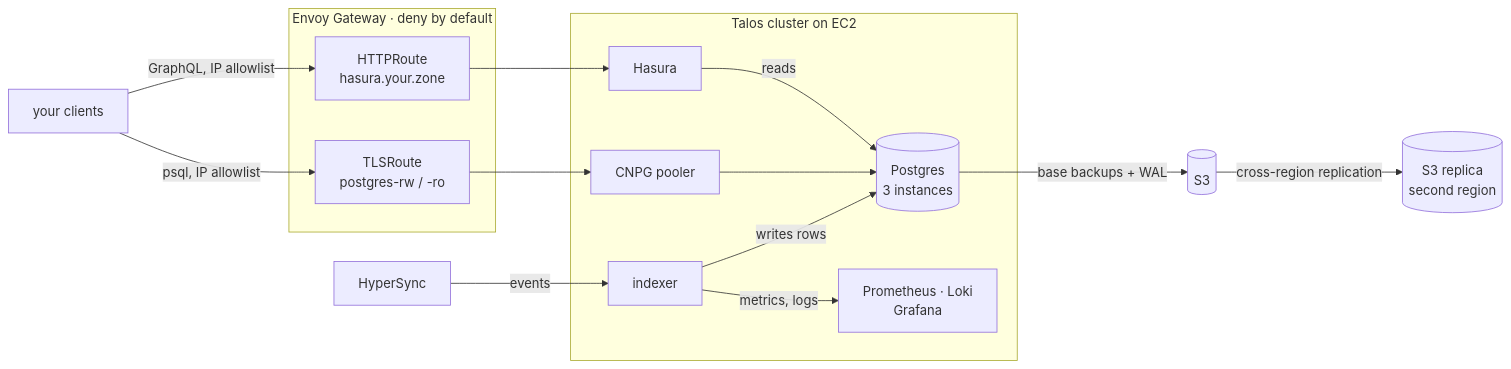
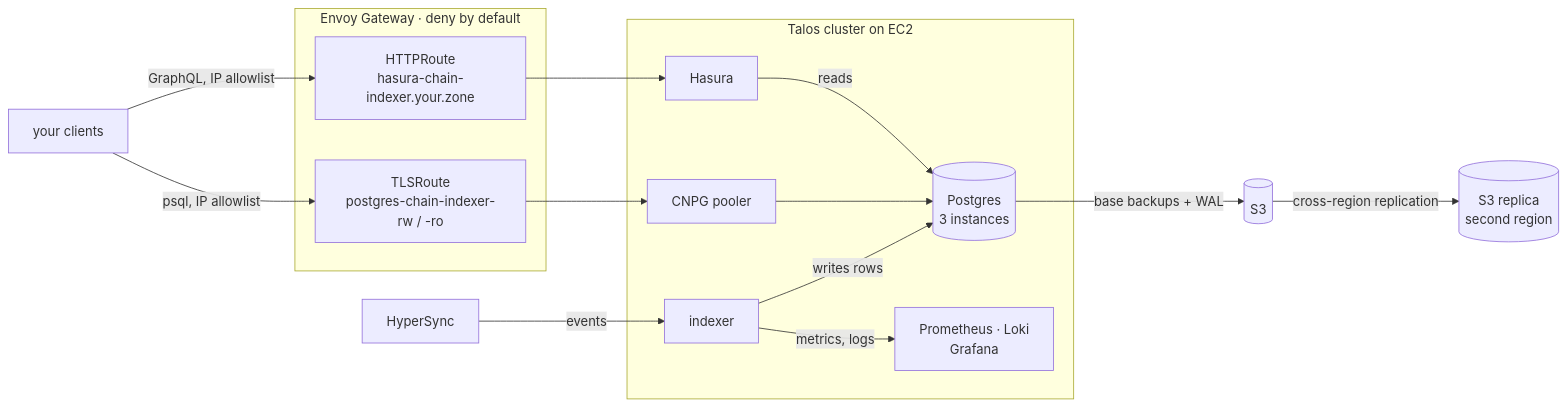
One commit to TilakMaddy/hyperindex-openinfra changed the diagram in README.md. Above: the diagram before and after it, drawn with Mermaid. The commit also changed 5 other files, not shown here.

````diff
--- a/README.md
+++ b/README.md
@@ -88,33 +88,33 @@
 ```mermaid
 flowchart LR
   HS["HyperSync"]
   CL["your clients"]
 
   subgraph gw["Envoy Gateway · deny by default"]
-    R1["HTTPRoute<br/>hasura.your.zone"]
-    R2["TLSRoute<br/>postgres-rw / -ro"]
+    R1["HTTPRoute<br/>hasura-chain-indexer.your.zone"]
+    R2["TLSRoute<br/>postgres-chain-indexer-rw / -ro"]
   end
 
   subgraph k8s["Talos cluster on EC2"]
     IDX["indexer"]
     HAS["Hasura"]
     POOL["CNPG pooler"]
     PG[("Postgres<br/>3 instances")]
     OBS["Prometheus · Loki<br/>Grafana"]
   end
 
   S3[("S3")]
   S3R[("S3 replica<br/>second region")]
 
   HS -->|"events"| IDX
   CL -->|"GraphQL, IP allowlist"| R1
   CL -->|"psql, IP allowlist"| R2
   R1 --> HAS
   R2 --> POOL
   IDX -->|"writes rows"| PG
   HAS -->|"reads"| PG
   POOL --> PG
   PG -->|"base backups + WAL"| S3
   S3 -->|"cross-region replication"| S3R
   IDX -->|"metrics, logs"| OBS
 ```
````
